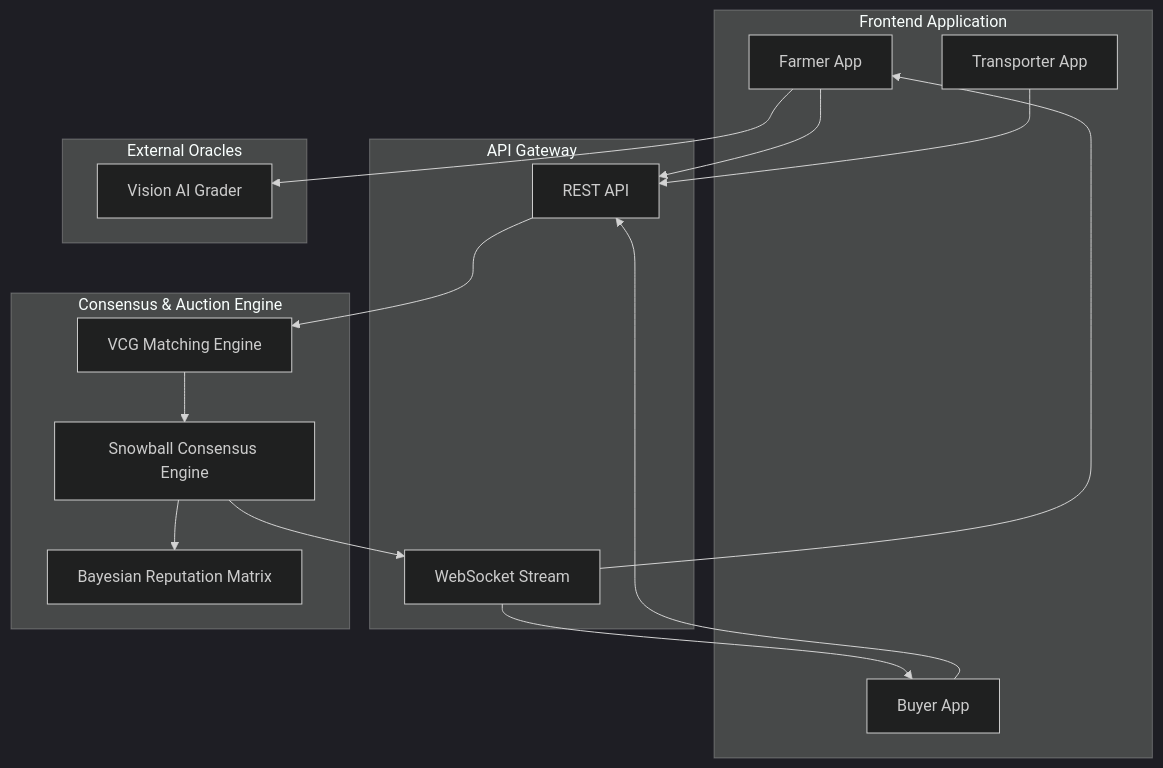
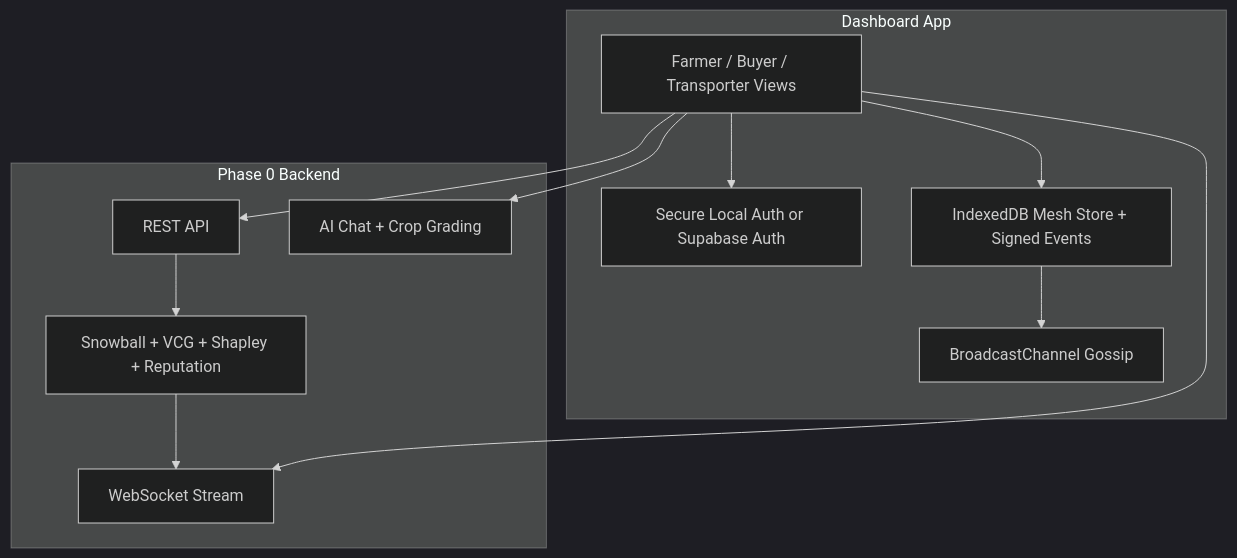
Before and after one commit to yashclouded/GRAM: the diagram in README.md, drawn with Mermaid (dark theme). The commit also changed other lines of this file and 3 other files, not shown here.

Commit message:
docs: refresh hybrid phase 1 app documentation

````diff
--- a/README.md
+++ b/README.md
@@ -11,36 +17,25 @@
 ```mermaid
 graph TD
-    subgraph Frontend Application
-        F[Farmer App]
-        B[Buyer App]
-        T[Transporter App]
+    subgraph Dashboard App
+        AUTH[Secure Local Auth or Supabase Auth]
+        MESH[IndexedDB Mesh Store + Signed Events]
+        GOSSIP[BroadcastChannel Gossip]
+        UI[Farmer / Buyer / Transporter Views]
     end
 
-    subgraph API Gateway
+    subgraph Phase 0 Backend
         REST[REST API]
         WS[WebSocket Stream]
+        CONS[Snowball + VCG + Shapley + Reputation]
+        AI[AI Chat + Crop Grading]
     end
 
-    subgraph Consensus & Auction Engine
-        M[VCG Matching Engine]
-        S[Snowball Consensus Engine]
-        R[Bayesian Reputation Matrix]
-    end
-
-    subgraph External Oracles
-        AI[Vision AI Grader]
-    end
-
-    F --> REST
-    B --> REST
-    T --> REST
-    
-    REST --> M
-    M --> S
-    S --> R
-    S --> WS
-    WS --> F
-    WS --> B
-    
-    F --> AI
+    UI --> AUTH
+    UI --> MESH
+    MESH --> GOSSIP
+    UI --> REST
+    REST --> CONS
+    CONS --> WS
+    UI --> WS
+    UI --> AI
 ```
````
